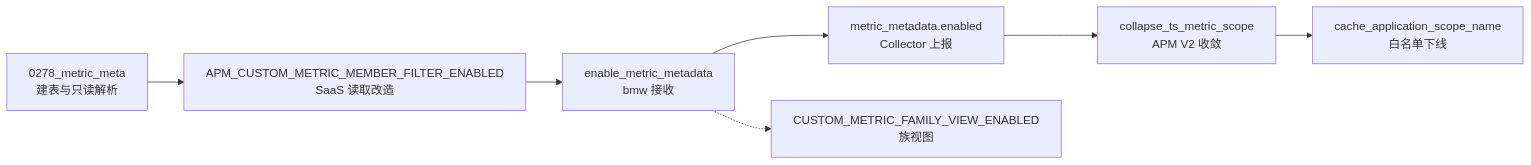
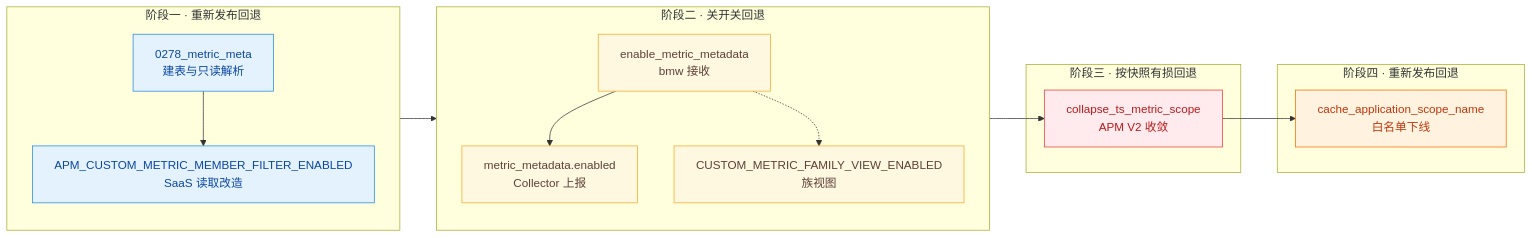
Diagram 21 of 22 in knowledge/bkmonitor/issues/2026-09-15-custom-metric-metadata/PLAN.md (ZhuoZhuoCrayon/ai-workspace), drawn with Mermaid before and after one commit. The commit also changed other lines of this file and 7 other files, not shown here.

Commit message:
docs(issue): choose all-new-tables plan for custom metric metadata on MySQL 5.7

````diff
--- a/knowledge/bkmonitor/issues/2026-09-15-custom-metric-metadata/PLAN.md
+++ b/knowledge/bkmonitor/issues/2026-09-15-custom-metric-metadata/PLAN.md
@@ -1717,9 +1308,30 @@
 ```mermaid
 flowchart LR
-    Mig["0278_metric_meta<br/>建表与只读解析"] --> SaaS["APM_CUSTOM_METRIC_MEMBER_FILTER_ENABLED<br/>SaaS 读取改造"]
-    SaaS --> Bmw["enable_metric_metadata<br/>bmw 接收"]
-    Bmw --> Collector["metric_metadata.enabled<br/>Collector 上报"]
-    Collector --> Collapse["collapse_ts_metric_scope<br/>APM V2 收敛"]
-    Collapse --> Shrink["cache_application_scope_name<br/>白名单下线"]
-    Bmw -.-> Family["CUSTOM_METRIC_FAMILY_VIEW_ENABLED<br/>族视图"]
+    subgraph S1["阶段一 · 重新发布回退"]
+        direction TB
+        Mig["0278_metric_meta<br/>建表与只读解析"] --> SaaS["APM_CUSTOM_METRIC_MEMBER_FILTER_ENABLED<br/>SaaS 读取改造"]
+    end
+    subgraph S2["阶段二 · 关开关回退"]
+        direction TB
+        Bmw["enable_metric_metadata<br/>bmw 接收"] --> Collector["metric_metadata.enabled<br/>Collector 上报"]
+        Bmw -.-> Family["CUSTOM_METRIC_FAMILY_VIEW_ENABLED<br/>族视图"]
+    end
+    subgraph S3["阶段三 · 按快照有损回退"]
+        Collapse["collapse_ts_metric_scope<br/>APM V2 收敛"]
+    end
+    subgraph S4["阶段四 · 重新发布回退"]
+        Shrink["cache_application_scope_name<br/>白名单下线"]
+    end
+    SaaS --> Bmw
+    Collector --> Collapse
+    Collapse --> Shrink
+
+    classDef safe fill:#e3f2fd,stroke:#1e88e5,color:#0d47a1
+    classDef switch fill:#fff8e1,stroke:#f9a825,color:#5d4037
+    classDef lossy fill:#ffebee,stroke:#e53935,color:#b71c1c
+    classDef redeploy fill:#fff3e0,stroke:#ef6c00,color:#bf360c
+    class Mig,SaaS safe
+    class Bmw,Collector,Family switch
+    class Collapse lossy
+    class Shrink redeploy
 ```
````
